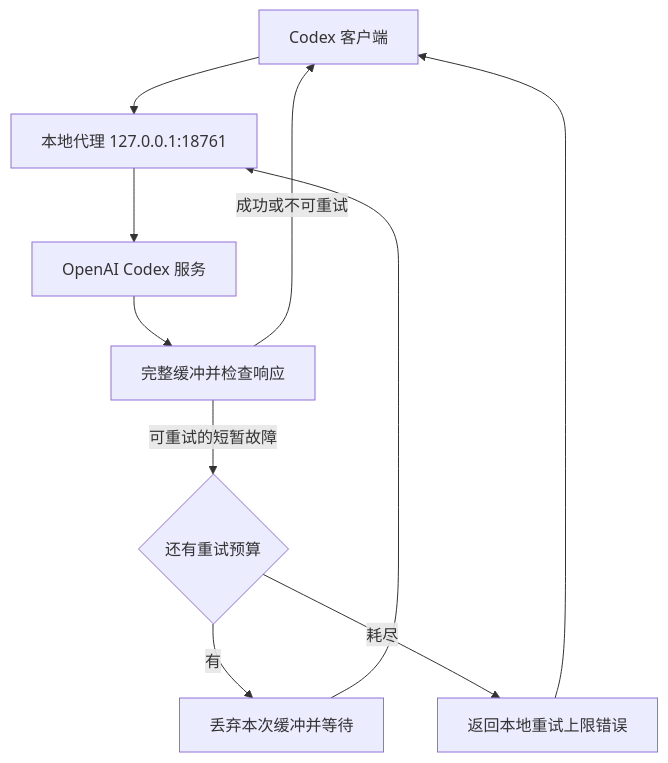
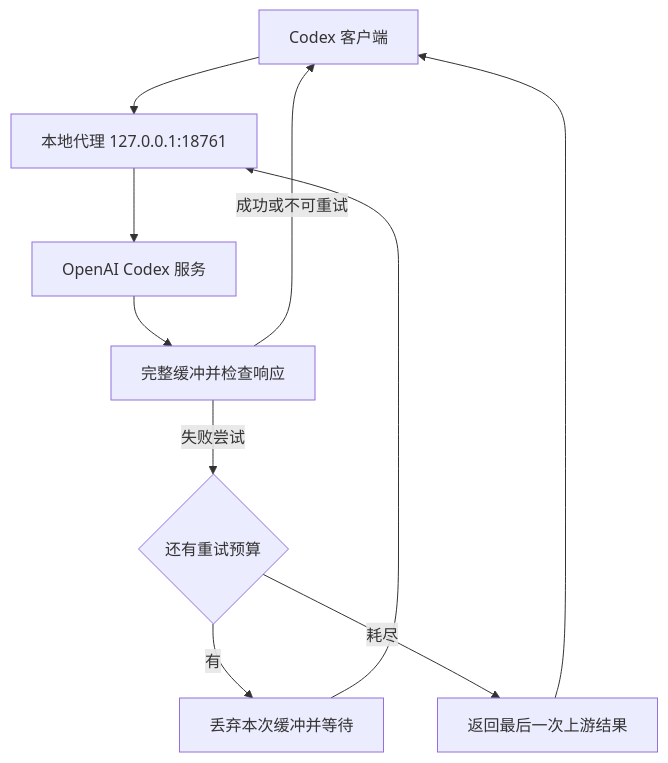
One commit to shenmuegit/codex-transient-retry changed the diagram in README.zh-CN.md. Above: the diagram before and after it, drawn with Mermaid. The commit also changed other lines of this file and 14 other files, not shown here.

````diff
--- a/README.zh-CN.md
+++ b/README.zh-CN.md
@@ -99,12 +99,12 @@
 ```mermaid
 flowchart TD
     C[Codex 客户端] --> P[本地代理 127.0.0.1:18761]
     P --> U[OpenAI Codex 服务]
     U --> B[完整缓冲并检查响应]
     B -->|成功或不可重试| C
-    B -->|可重试的短暂故障| R{还有重试预算}
+    B -->|失败尝试| R{还有重试预算}
     R -->|有| W[丢弃本次缓冲并等待]
     W --> P
-    R -->|耗尽| E[返回本地重试上限错误]
+    R -->|耗尽| E[返回最后一次上游结果]
     E --> C
 ```
````
